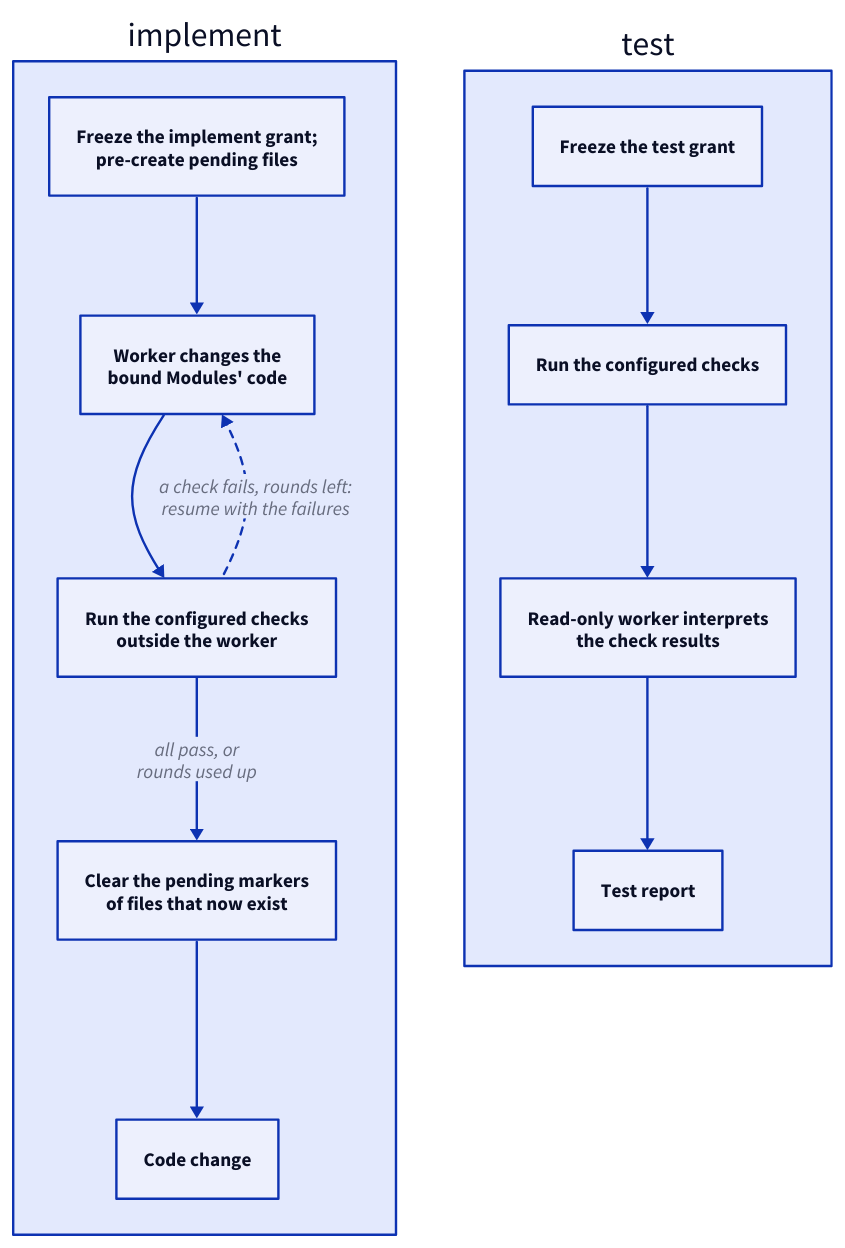
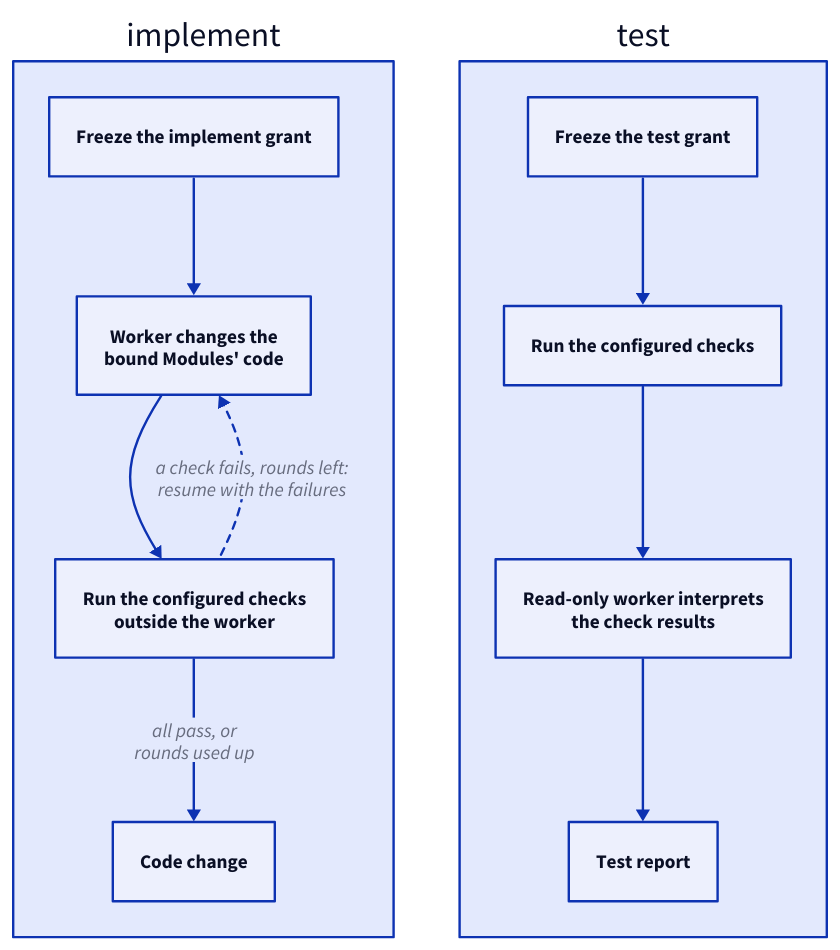
One commit to FTOD/concorde changed the first of 2 diagrams in specs/concorde/execution/operations/implementation/module.md. Above: the diagram before and after it, drawn with D2. The commit also changed other lines of this file and 128 other files, not shown here.

````diff
--- a/specs/concorde/execution/operations/implementation/module.md
+++ b/specs/concorde/execution/operations/implementation/module.md
@@ -71,22 +71,20 @@
 ```d2 illustrative
 implement: implement {
   direction: down
-  grant: "Freeze the implement grant;\npre-create pending files"
+  grant: "Freeze the implement grant"
   worker: "Worker changes the\nbound Modules' code"
   checks: "Run the configured checks\noutside the worker"
-  markers: "Clear the pending markers\nof files that now exist"
   output: "Code change"
   grant -> worker -> checks
   worker <- checks: "a check fails, rounds left:\nresume with the failures" {style.stroke-dash: 3}
-  checks -> markers: "all pass, or\nrounds used up"
-  markers -> output
+  checks -> output: "all pass, or\nrounds used up"
 }
 test: test {
   direction: down
   grant: "Freeze the test grant"
   checks: "Run the configured checks"
   worker: "Read-only worker interprets\nthe check results"
   output: "Test report"
   grant -> checks -> worker -> output
 }
 ```
````
